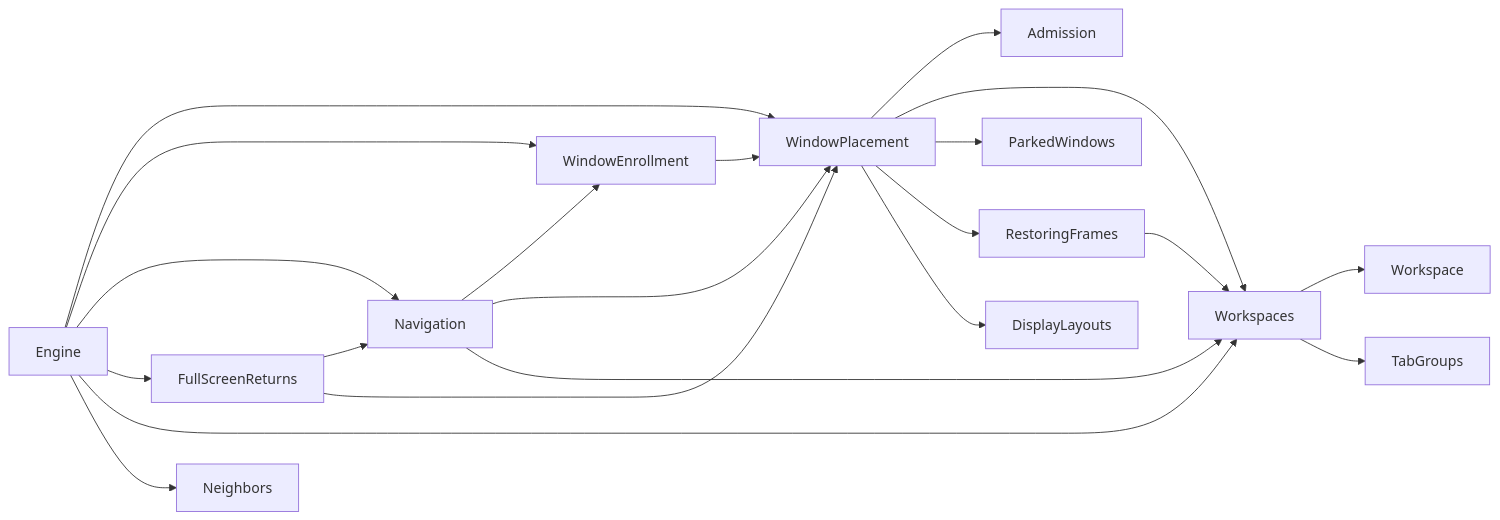
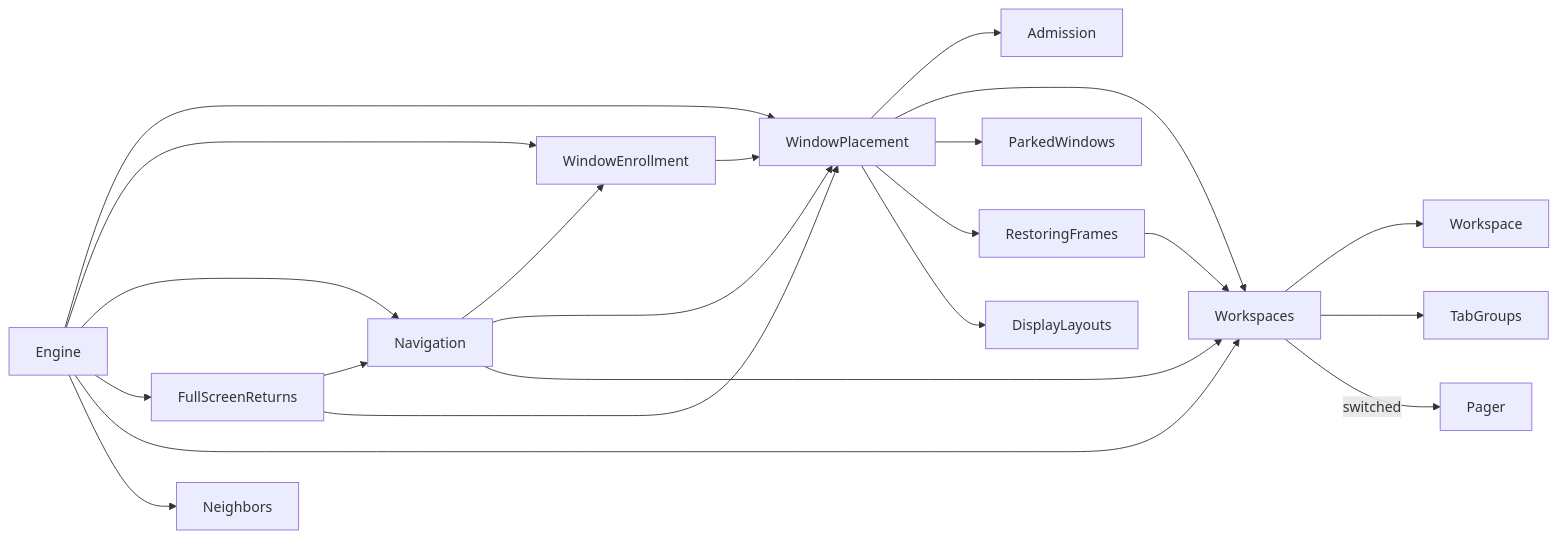
One commit to brennovich/ottowm changed the fourth of 20 diagrams in ARCHITECTURE.md. Above: the diagram before and after it, drawn with Mermaid. The commit also changed other lines of this file and 15 other files, not shown here.

````diff
--- a/ARCHITECTURE.md
+++ b/ARCHITECTURE.md
@@ -137,23 +138,24 @@
 ```mermaid
 flowchart LR
     Engine --> WindowPlacement
     Engine --> WindowEnrollment
     Engine --> Navigation
     Engine --> FullScreenReturns
     Engine --> Workspaces
     Engine --> Neighbors
     WindowEnrollment --> WindowPlacement
     WindowPlacement --> Admission
     Navigation --> WindowEnrollment
     Navigation --> WindowPlacement
     FullScreenReturns --> Navigation
     FullScreenReturns --> WindowPlacement
     WindowPlacement --> Workspaces
     WindowPlacement --> ParkedWindows
     WindowPlacement --> RestoringFrames
     WindowPlacement --> DisplayLayouts
     RestoringFrames --> Workspaces
     Navigation --> Workspaces
     Workspaces --> Workspace
     Workspaces --> TabGroups
+    Workspaces -->|switched| Pager
 ```
````
